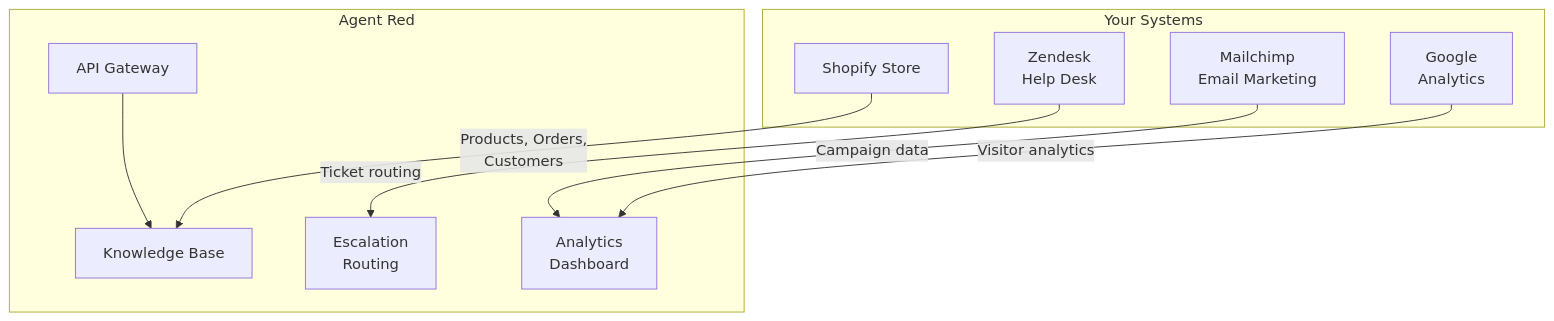
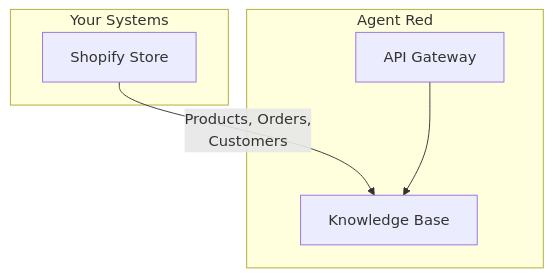
One commit to Remaker-Digital/groundtruth-kb changed the third of 5 diagrams in docs-site/docs/getting-started/setup.md. Above: the diagram before and after it, drawn with Mermaid. The commit also changed other lines of this file and 57 other files, not shown here.

````diff
--- a/docs-site/docs/getting-started/setup.md
+++ b/docs-site/docs/getting-started/setup.md
@@ -87,22 +87,14 @@
 ```mermaid
 flowchart TB
     subgraph Your Systems
         SH[Shopify Store]
-        ZD[Zendesk\nHelp Desk]
-        MC[Mailchimp\nEmail Marketing]
-        GA[Google\nAnalytics]
     end
 
     subgraph Agent Red
         API[API Gateway]
         KB[Knowledge Base]
-        ESC[Escalation\nRouting]
-        AN[Analytics\nDashboard]
     end
 
     SH -->|"Products, Orders,\nCustomers"| KB
-    ZD -->|"Ticket routing"| ESC
-    MC -->|"Campaign data"| AN
-    GA -->|"Visitor analytics"| AN
     API --> KB
 ```
````
